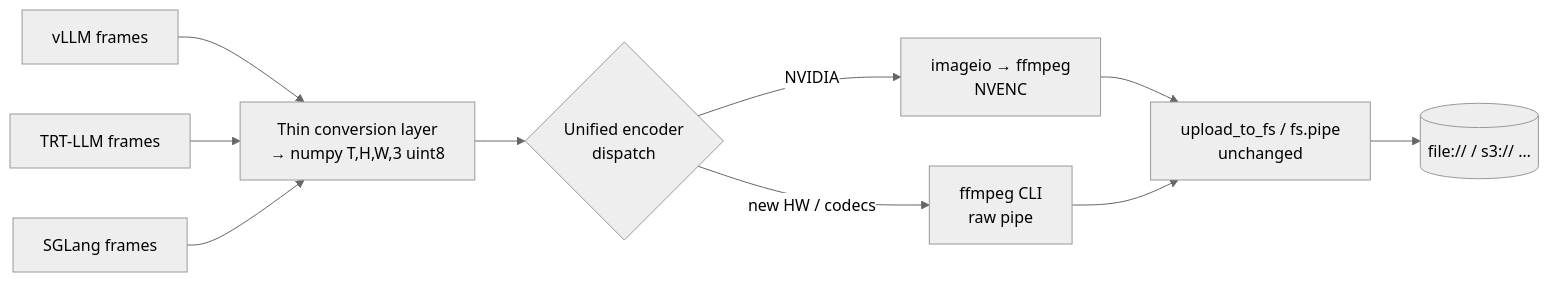
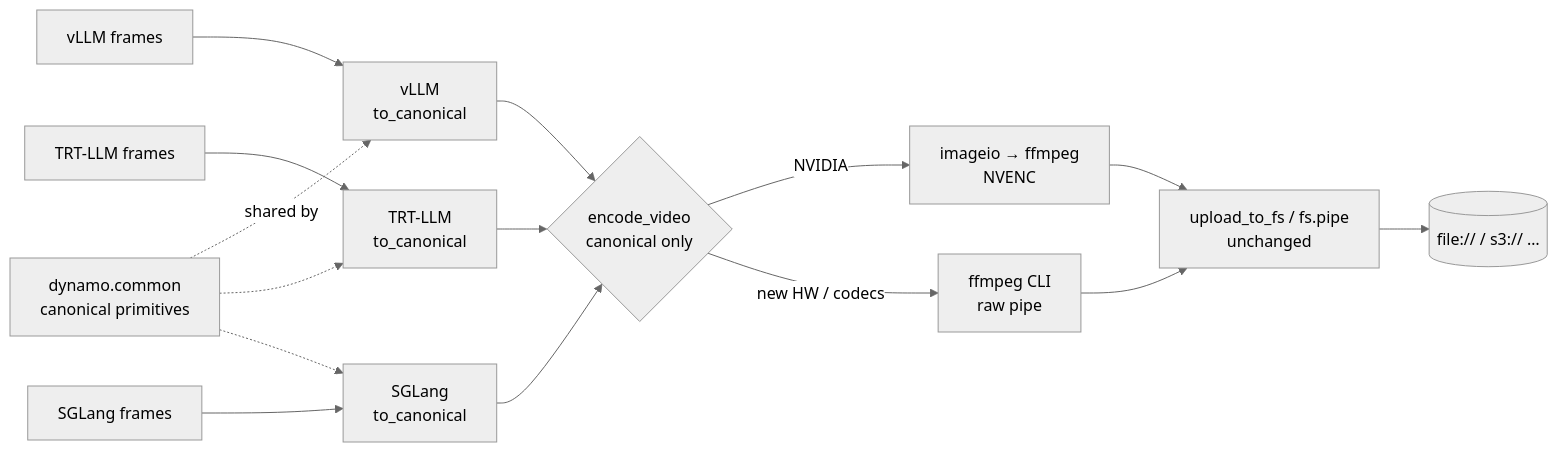
One commit to ai-dynamo/enhancements changed the second of 2 diagrams in deps/0016-unified-video-encoder.md. Above: the diagram before and after it, drawn with Mermaid (neutral theme). The commit also changed other lines of this file, not shown here.

Commit message:
Refactored unified video encoder plus tests

````diff
--- a/deps/0016-unified-video-encoder.md
+++ b/deps/0016-unified-video-encoder.md
@@ -153,14 +170,21 @@
 ```mermaid
 graph LR
-    V[vLLM frames] --> C[Thin conversion layer<br/>→ numpy T,H,W,3 uint8]
-    T[TRT-LLM frames] --> C
-    S[SGLang frames] --> C
+    V[vLLM frames] --> Cv[vLLM<br/>to_canonical]
+    T[TRT-LLM frames] --> Ct[TRT-LLM<br/>to_canonical]
+    S[SGLang frames] --> Cs[SGLang<br/>to_canonical]
 
-    C --> U{Unified encoder<br/>dispatch}
+    P[dynamo.common<br/>canonical primitives] -.shared by.-> Cv
+    P -.-> Ct
+    P -.-> Cs
+
+    Cv --> U{encode_video<br/>canonical only}
+    Ct --> U
+    Cs --> U
+
     U -->|NVIDIA| N[imageio → ffmpeg<br/>NVENC]
     U -->|new HW / codecs| F[ffmpeg CLI<br/>raw pipe]
 
     N --> W[upload_to_fs / fs.pipe<br/>unchanged]
     F --> W
     W --> D[(file:// / s3:// …)]
 ```
````
